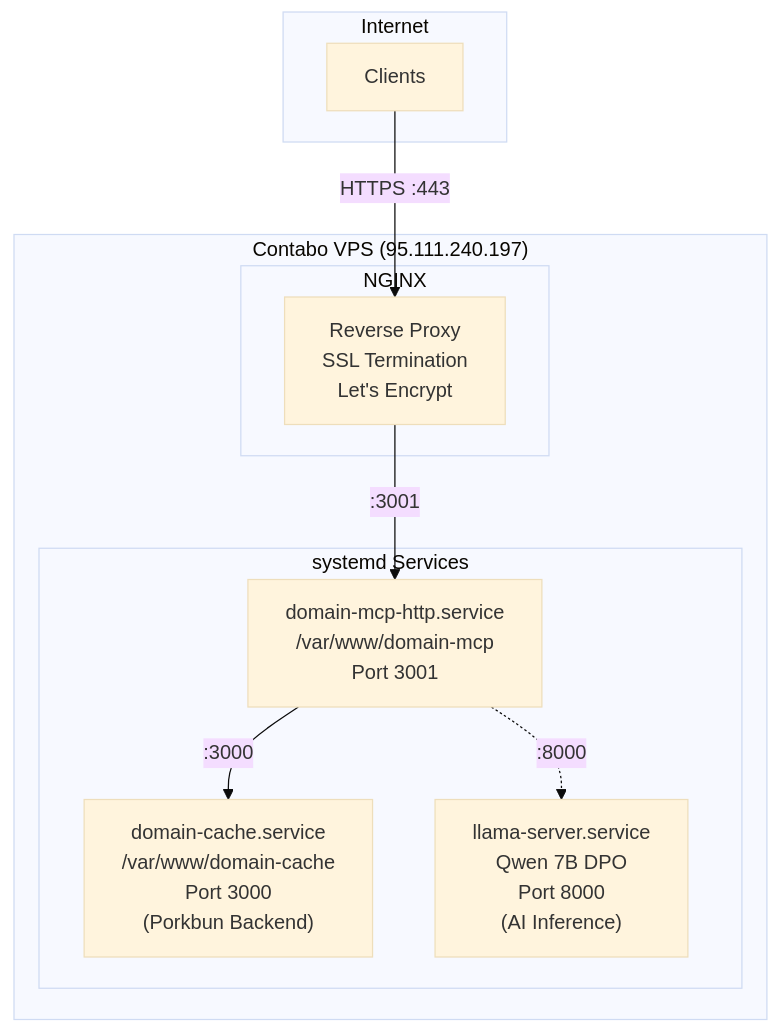
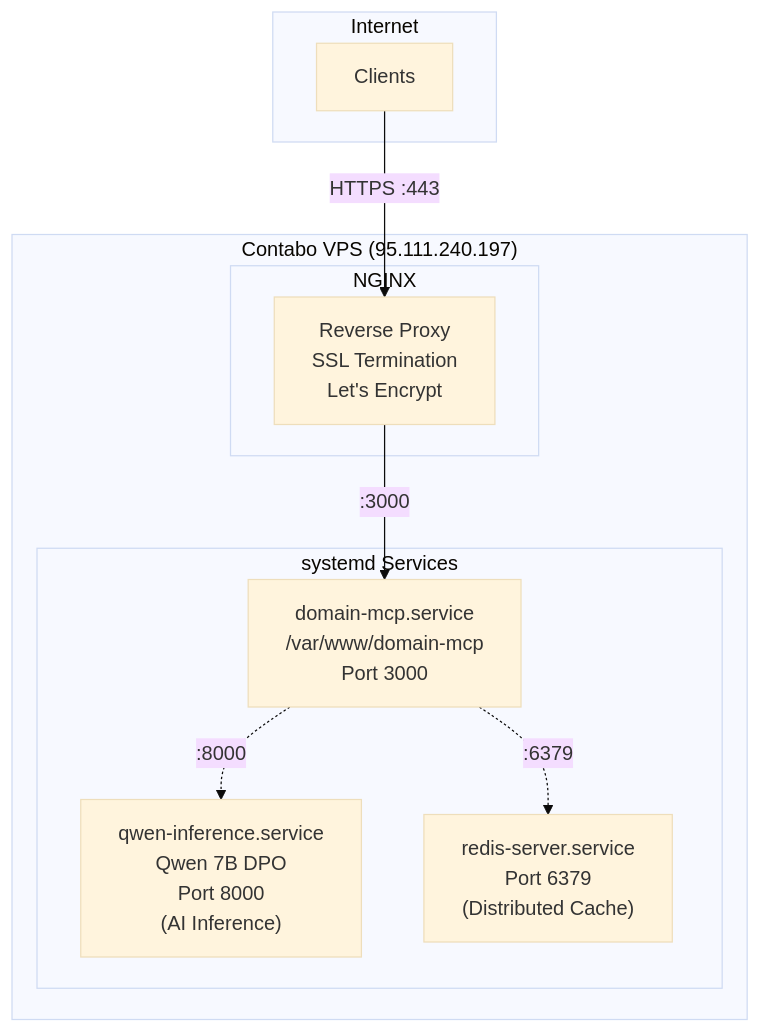
The sixth of 8 diagrams in docs/ARCHITECTURE.md (dorukardahan/domain-search-mcp), drawn with Mermaid (base theme) before and after one commit. The commit also changed other lines of this file and 6 other files, not shown here.

````diff
--- a/docs/ARCHITECTURE.md
+++ b/docs/ARCHITECTURE.md
@@ -226,24 +229,24 @@
 ```mermaid
 flowchart TB
     subgraph INTERNET["Internet"]
         CLIENT["Clients"]
     end
 
     CLIENT -->|HTTPS :443| NGINX
 
     subgraph VPS["Contabo VPS (95.111.240.197)"]
         subgraph NGINX_BLOCK["NGINX"]
             NGINX["Reverse Proxy<br/>SSL Termination<br/>Let's Encrypt"]
         end
 
-        NGINX -->|:3001| MCP_SERVICE
-        MCP_SERVICE -->|:3000| CACHE_SERVICE
+        NGINX -->|:3000| MCP_SERVICE
         MCP_SERVICE -.->|:8000| LLAMA_SERVICE
+        MCP_SERVICE -.->|:6379| REDIS_SERVICE
 
         subgraph SERVICES["systemd Services"]
-            MCP_SERVICE["domain-mcp-http.service<br/>/var/www/domain-mcp<br/>Port 3001"]
-            CACHE_SERVICE["domain-cache.service<br/>/var/www/domain-cache<br/>Port 3000<br/>(Porkbun Backend)"]
-            LLAMA_SERVICE["llama-server.service<br/>Qwen 7B DPO<br/>Port 8000<br/>(AI Inference)"]
+            MCP_SERVICE["domain-mcp.service<br/>/var/www/domain-mcp<br/>Port 3000"]
+            LLAMA_SERVICE["qwen-inference.service<br/>Qwen 7B DPO<br/>Port 8000<br/>(AI Inference)"]
+            REDIS_SERVICE["redis-server.service<br/>Port 6379<br/>(Distributed Cache)"]
         end
     end
 ```
````
